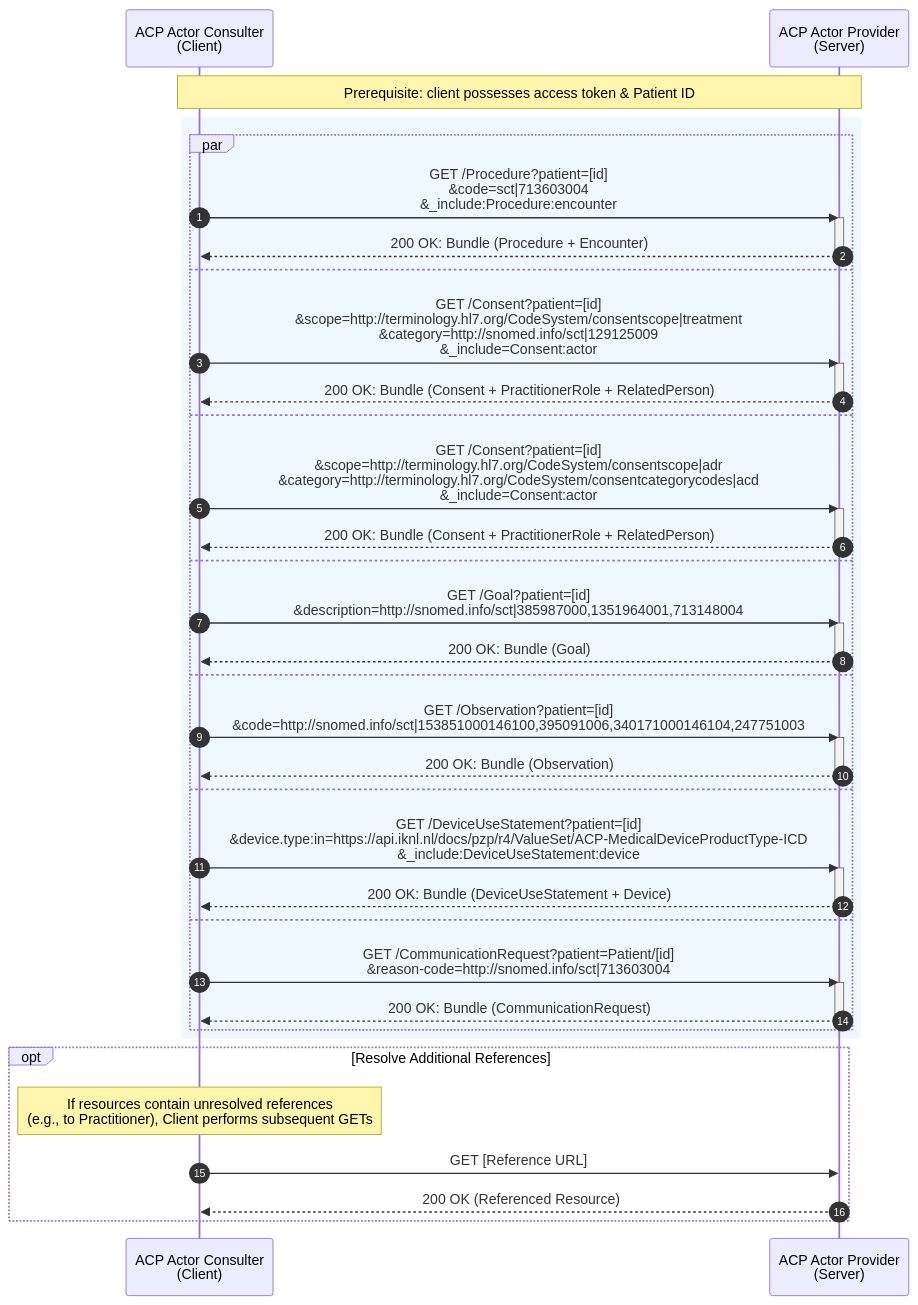
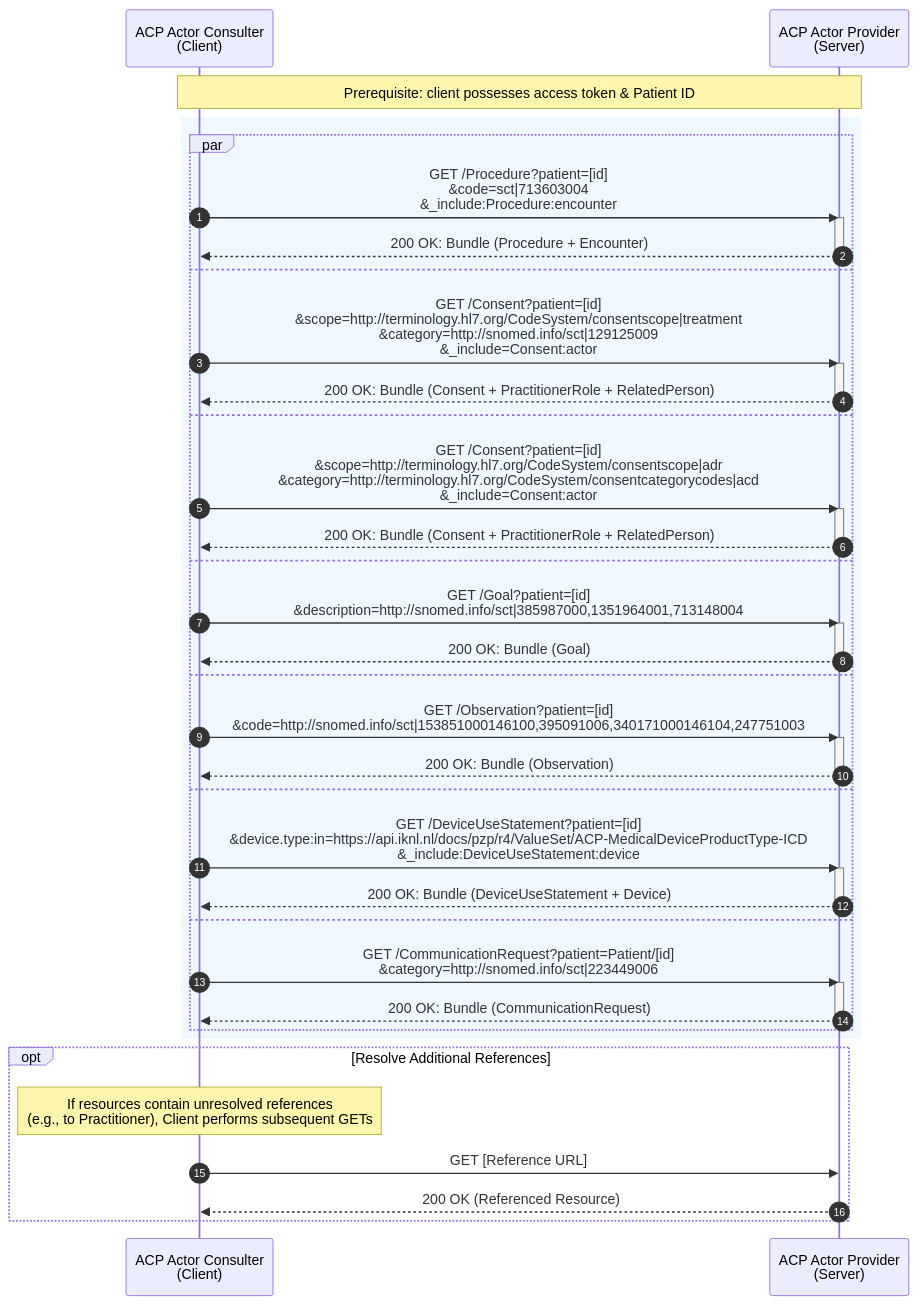
One commit to IKNL/PZP-FHIR-R4 changed the diagram in input/includes/fhir-data-exchange-individual-resources-mermaid-diagram.md. Above: the diagram before and after it, drawn with Mermaid. The commit also changed 1 other file, not shown here.

Commit message:
Search on correct category code

```diff
--- a/input/includes/fhir-data-exchange-individual-resources-mermaid-diagram.md
+++ b/input/includes/fhir-data-exchange-individual-resources-mermaid-diagram.md
@@ -1,63 +1,63 @@
 <div class="mermaid" style="height: 800px; overflow: visible;">
 
 sequenceDiagram
     autonumber
     participant C as ACP Actor Consulter<br>(Client)
     participant S as ACP Actor Provider<br>(Server)
 
     note over C, S: Prerequisite: client possesses access token & Patient ID
 
     rect rgb(240, 248, 255)
   
         par 
             %% 1. Procedures
             C->>S: GET /Procedure?patient=[id]<br>&code=sct|713603004<br>&_include:Procedure:encounter
             activate S
             S-->>C: 200 OK: Bundle (Procedure + Encounter)
             deactivate S
         and
             %% 2. Consent (TreatmentDirective)
             C->>S: GET /Consent?patient=[id]<br>&scope=http://terminology.hl7.org/CodeSystem/consentscope|treatment<br>&category=http://snomed.info/sct|129125009<br>&_include=Consent:actor
             activate S
             S-->>C: 200 OK: Bundle (Consent + PractitionerRole + RelatedPerson)
             deactivate S
         and
             %% 3. Consent (AdvanceCareDirective)
             C->>S: GET /Consent?patient=[id]<br>&scope=http://terminology.hl7.org/CodeSystem/consentscope|adr<br>&category=http://terminology.hl7.org/CodeSystem/consentcategorycodes|acd<br>&_include=Consent:actor
             activate S
             S-->>C: 200 OK: Bundle (Consent + PractitionerRole + RelatedPerson)
             deactivate S
         and
             %% 4. Goals
             C->>S: GET /Goal?patient=[id]<br>&description=http://snomed.info/sct|385987000,1351964001,713148004
             activate S
             S-->>C: 200 OK: Bundle (Goal)
             deactivate S
         and
             %% 5. Observations
             C->>S: GET /Observation?patient=[id]<br>&code=http://snomed.info/sct|153851000146100,395091006,340171000146104,247751003
             activate S
             S-->>C: 200 OK: Bundle (Observation)
             deactivate S
         and
             %% 6. Devices
             C->>S: GET /DeviceUseStatement?patient=[id]<br>&device.type:in=https://api.iknl.nl/docs/pzp/r4/ValueSet/ACP-MedicalDeviceProductType-ICD<br>&_include:DeviceUseStatement:device
             activate S
             S-->>C: 200 OK: Bundle (DeviceUseStatement + Device)
             deactivate S
         and
             %% 7. CommunicationRequests
-            C->>S: GET /CommunicationRequest?patient=Patient/[id]<br>&reason-code=http://snomed.info/sct|713603004
+            C->>S: GET /CommunicationRequest?patient=Patient/[id]<br>&category=http://snomed.info/sct|223449006
             activate S
             S-->>C: 200 OK: Bundle (CommunicationRequest)
             deactivate S
         end
     end
 
     opt Resolve Additional References
         note over C: If resources contain unresolved references<br>(e.g., to Practitioner), Client performs subsequent GETs
         C->>S: GET [Reference URL]
         S-->>C: 200 OK (Referenced Resource)
     end
 
 </div>
```
